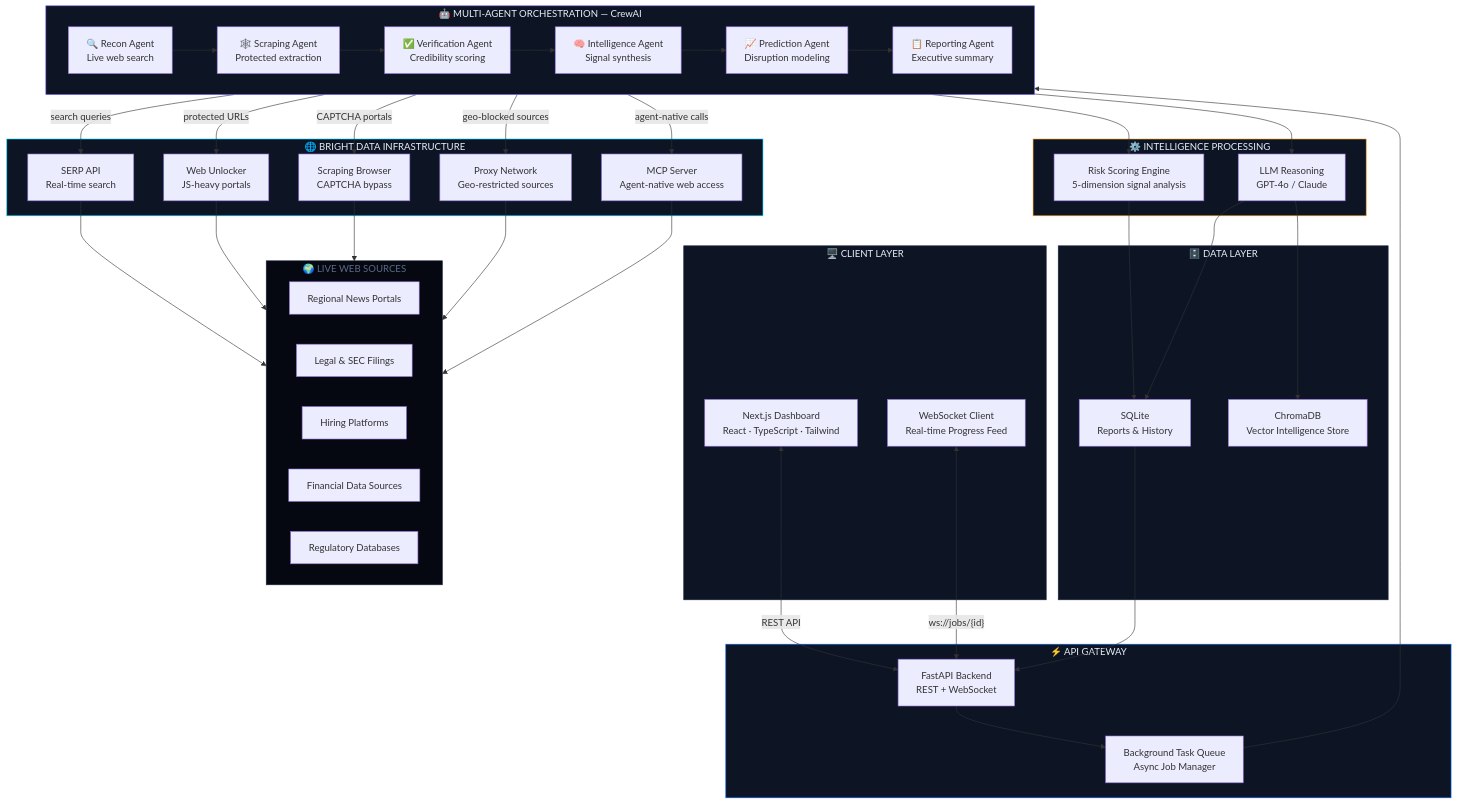
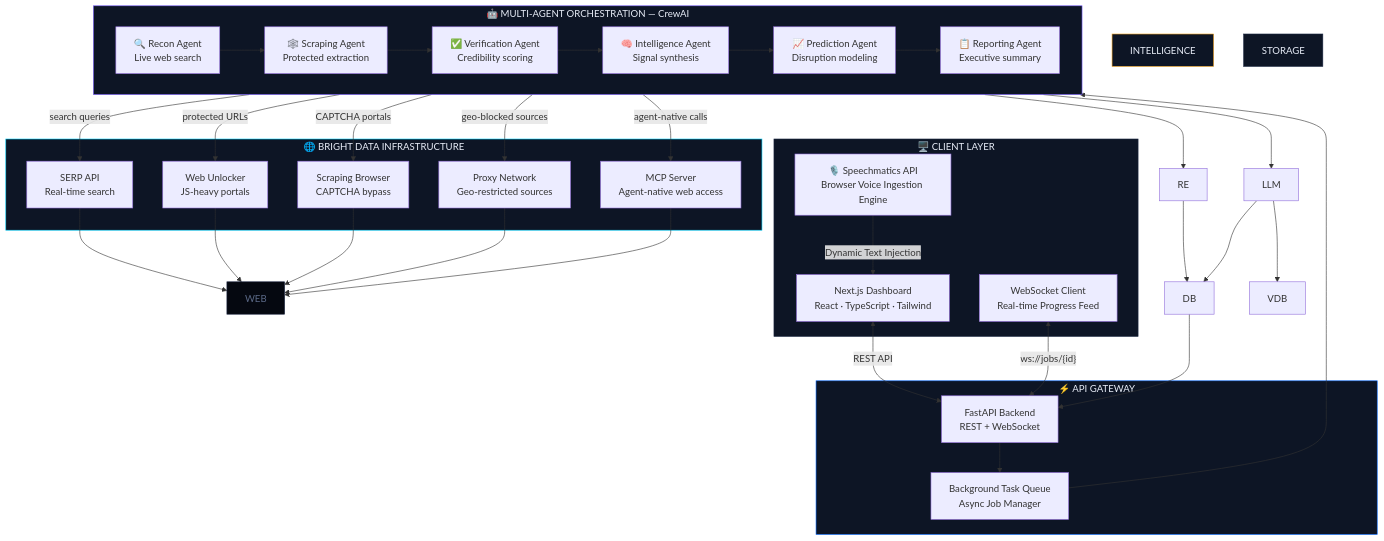
The first of 4 diagrams in README.md (Jxxy123/sentinel-web-risk-intelligence), drawn with Mermaid before and after one commit. The commit also changed other lines of this file, not shown here.

````diff
--- a/README.md
+++ b/README.md
@@ -145,73 +146,57 @@
 ```mermaid
 graph TB
     subgraph CLIENT["🖥️  CLIENT LAYER"]
         UI["Next.js Dashboard<br/>React · TypeScript · Tailwind"]
         WS["WebSocket Client<br/>Real-time Progress Feed"]
+        SM["🎙️ Speechmatics API<br/>Browser Voice Ingestion Engine"]
     end
 
     subgraph GATEWAY["⚡  API GATEWAY"]
         API["FastAPI Backend<br/>REST + WebSocket"]
         BG["Background Task Queue<br/>Async Job Manager"]
     end
 
     subgraph AGENTS["🤖  MULTI-AGENT ORCHESTRATION  —  CrewAI"]
         direction LR
         A1["🔍 Recon Agent<br/>Live web search"]
         A2["🕸️ Scraping Agent<br/>Protected extraction"]
         A3["✅ Verification Agent<br/>Credibility scoring"]
         A4["🧠 Intelligence Agent<br/>Signal synthesis"]
         A5["📈 Prediction Agent<br/>Disruption modeling"]
         A6["📋 Reporting Agent<br/>Executive summary"]
         A1 --> A2 --> A3 --> A4 --> A5 --> A6
     end
 
     subgraph BRIGHTDATA["🌐  BRIGHT DATA INFRASTRUCTURE"]
         BD1["SERP API<br/>Real-time search"]
         BD2["Web Unlocker<br/>JS-heavy portals"]
         BD3["Scraping Browser<br/>CAPTCHA bypass"]
         BD4["Proxy Network<br/>Geo-restricted sources"]
         BD5["MCP Server<br/>Agent-native web access"]
     end
 
-    subgraph INTELLIGENCE["⚙️  INTELLIGENCE PROCESSING"]
-        RE["Risk Scoring Engine<br/>5-dimension signal analysis"]
-        LLM["LLM Reasoning<br/>GPT-4o / Claude"]
-    end
-
-    subgraph STORAGE["🗄️  DATA LAYER"]
-        DB["SQLite<br/>Reports & History"]
-        VDB["ChromaDB<br/>Vector Intelligence Store"]
-    end
-
-    subgraph WEB["🌍  LIVE WEB SOURCES"]
-        N["Regional News Portals"]
-        L["Legal & SEC Filings"]
-        H["Hiring Platforms"]
-        F["Financial Data Sources"]
-        R["Regulatory Databases"]
-    end
-
     UI <-->|"REST API"| API
+    SM -->|"Dynamic Text Injection"| UI
     WS <-->|"ws://jobs/{id}"| API
     API --> BG
     BG --> AGENTS
     A1 -->|"search queries"| BD1
     A2 -->|"protected URLs"| BD2
     A2 -->|"CAPTCHA portals"| BD3
     A2 -->|"geo-blocked sources"| BD4
     A1 -->|"agent-native calls"| BD5
     BD1 & BD2 & BD3 & BD4 & BD5 --> WEB
     AGENTS --> RE
     AGENTS --> LLM
     RE & LLM --> DB
     LLM --> VDB
     DB --> API
 
     style CLIENT fill:#0D1525,stroke:#1A2540,color:#E8EDF8
     style GATEWAY fill:#0D1525,stroke:#0066FF,color:#E8EDF8
     style AGENTS fill:#0D1525,stroke:#7B61FF,color:#E8EDF8
     style BRIGHTDATA fill:#0D1525,stroke:#00D4FF,color:#E8EDF8
     style INTELLIGENCE fill:#0D1525,stroke:#F5A623,color:#E8EDF8
     style STORAGE fill:#0D1525,stroke:#1A2540,color:#E8EDF8
     style WEB fill:#050810,stroke:#1A2540,color:#5C6A88
 ```
````
